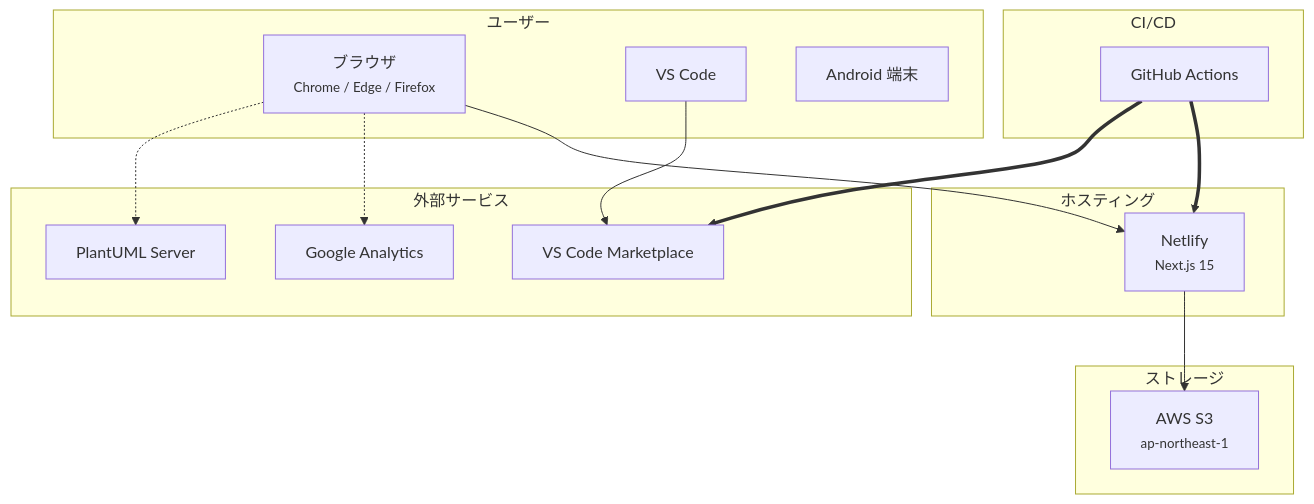
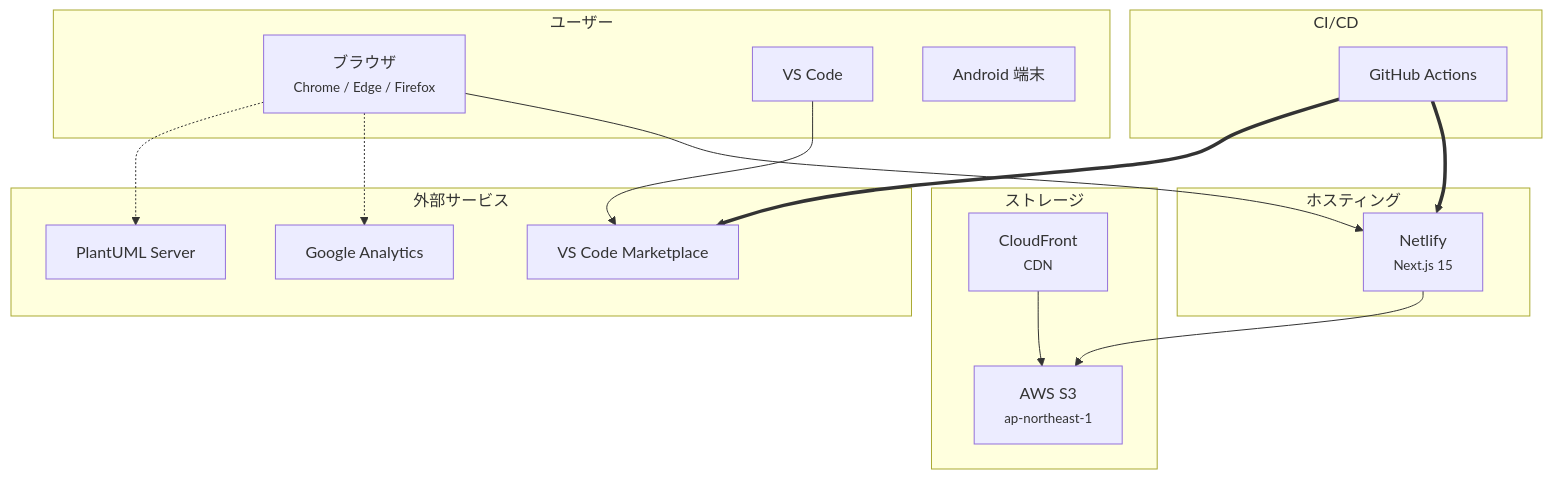
Before and after one commit to kiyotaka-ueda/anytime-markdown: the first of 4 diagrams in docs/design/05-infrastructure.md, drawn with Mermaid. The commit also changed other lines of this file and 4 other files, not shown here.

First line of the commit message:
feat: CloudFront CDN経由のドキュメント取得を追加

````diff
--- a/docs/design/05-infrastructure.md
+++ b/docs/design/05-infrastructure.md
@@ -13,35 +13,37 @@
 ```mermaid
 flowchart TD
     subgraph Users ["ユーザー"]
         Browser["ブラウザ<br/><small>Chrome / Edge / Firefox</small>"]
         VSCode["VS Code"]
         Android["Android 端末"]
     end
 
     subgraph Hosting ["ホスティング"]
         Netlify["Netlify<br/><small>Next.js 15</small>"]
     end
 
     subgraph Storage ["ストレージ"]
+        CF["CloudFront<br/><small>CDN</small>"]
         S3["AWS S3<br/><small>ap-northeast-1</small>"]
+        CF --> S3
     end
 
     subgraph CI ["CI/CD"]
         GHA["GitHub Actions"]
     end
 
     subgraph External ["外部サービス"]
         GA["Google Analytics"]
         PlantUML["PlantUML Server"]
         Marketplace["VS Code Marketplace"]
     end
 
     %% 接続定義
     Browser --> Netlify
     Netlify --> S3
     Browser -.-> GA
     Browser -.-> PlantUML
     GHA ==> Netlify
     GHA ==> Marketplace
     VSCode --> Marketplace
 ```
````
